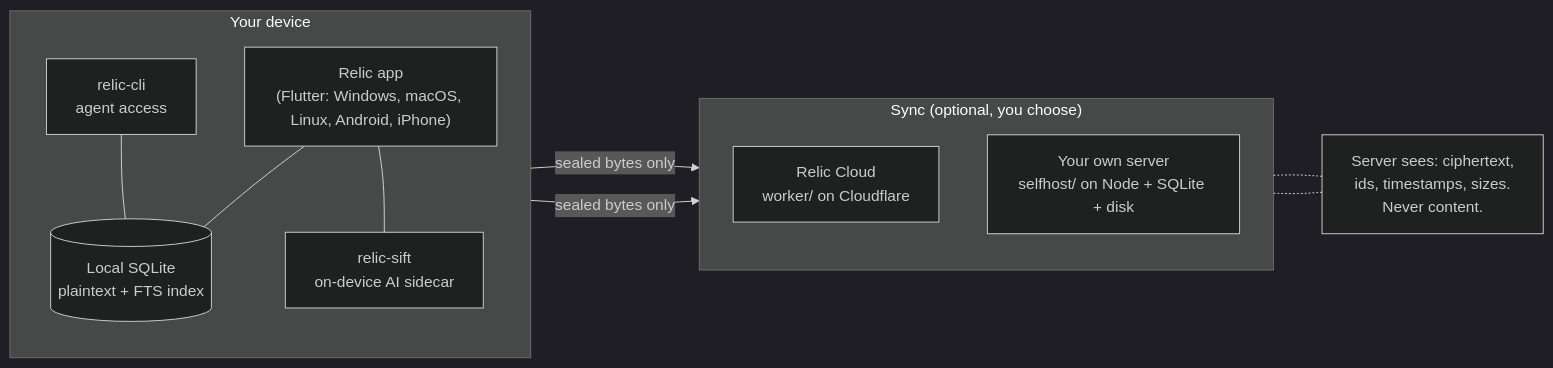
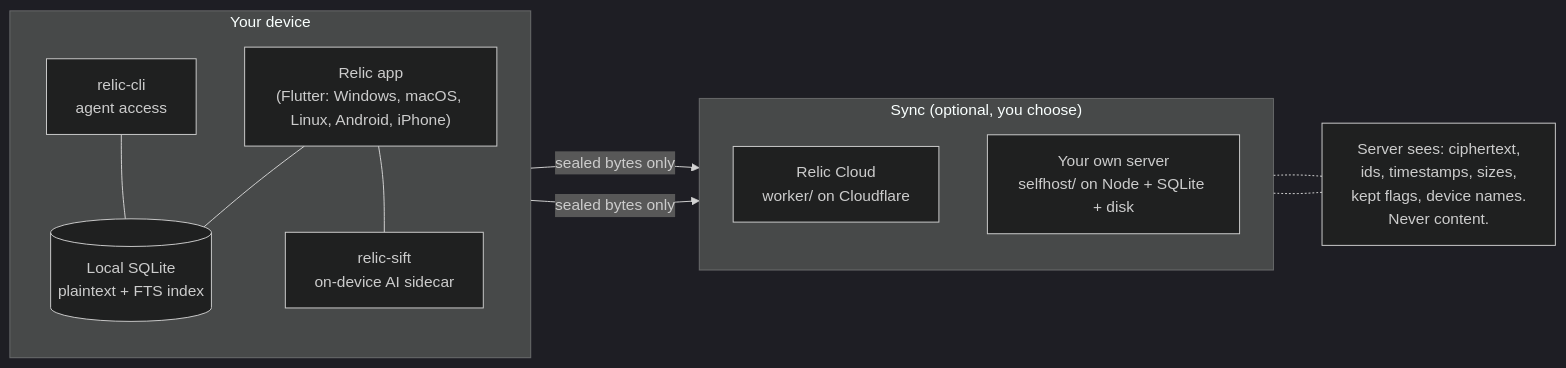
Before and after one commit to RelicSync/relic: the diagram in README.md, drawn with Mermaid (dark theme). The commit also changed other lines of this file and 1 other file, not shown here.

First line of the commit message:
docs: README leads with "open-source clipboard manager", adds comparison and FAQ; SECURITY lists device fields and audit status

````diff
--- a/README.md
+++ b/README.md
@@ -107,25 +127,25 @@
 ```mermaid
 flowchart LR
   subgraph device["Your device"]
     direction TB
     app["Relic app<br/>(Flutter: Windows, macOS, Linux, Android, iPhone)"]
     db[("Local SQLite<br/>plaintext + FTS index")]
     sift["relic-sift<br/>on-device AI sidecar"]
     cli["relic-cli<br/>agent access"]
     app --- db
     app --- sift
     cli --- db
   end
 
   subgraph sync["Sync (optional, you choose)"]
     direction TB
     cloud["Relic Cloud<br/>worker/ on Cloudflare"]
     own["Your own server<br/>selfhost/ on Node + SQLite + disk"]
   end
 
   app -- "sealed bytes only" --> cloud
   app -- "sealed bytes only" --> own
 
-  cloud -.- note["Server sees: ciphertext,<br/>ids, timestamps, sizes.<br/>Never content."]
+  cloud -.- note["Server sees: ciphertext,<br/>ids, timestamps, sizes,<br/>kept flags, device names.<br/>Never content."]
   own -.- note
 ```
````
